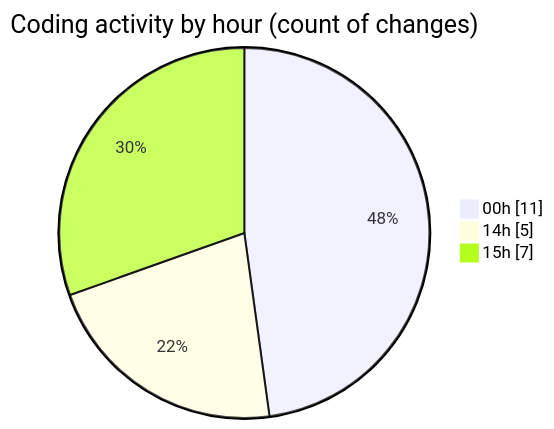
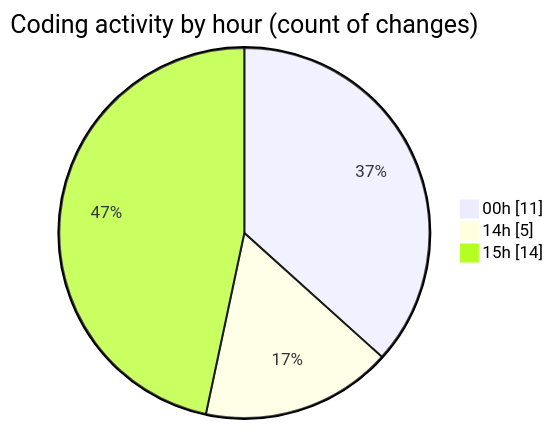
One commit to Ritupan-Deka/code-tracking changed the second of 2 diagrams in 2025-06-21/refinedproject/README.md. Above: the diagram before and after it, drawn with Mermaid. The commit also changed other lines of this file and 1 other file, not shown here.

````diff
--- a/2025-06-21/refinedproject/README.md
+++ b/2025-06-21/refinedproject/README.md
@@ -34,7 +34,7 @@
 ```mermaid
 pie showData
 title Coding activity by hour (count of changes)
 "00h" : 11
 "14h" : 5
-"15h" : 7
+"15h" : 14
 ```
````
